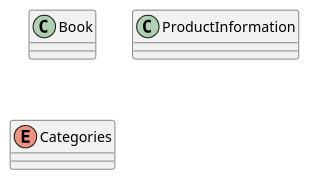
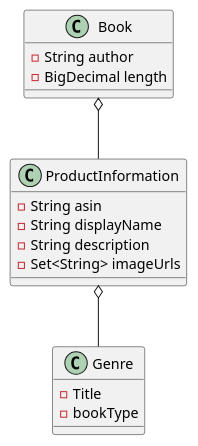
The diagram in GroupWork/RetailBook/src/main/java/com/kenzie/book/groupwork_retailbook_diagram.puml (shadosin/ata-week-6), drawn with PlantUML before and after one commit. The commit also changed 17 other files, not shown here.

```diff
--- a/GroupWork/RetailBook/src/main/java/com/kenzie/book/groupwork_retailbook_diagram.puml
+++ b/GroupWork/RetailBook/src/main/java/com/kenzie/book/groupwork_retailbook_diagram.puml
@@ -1,16 +1,28 @@
 @startuml
 'https://plantuml.com/class-diagram
 
 /' Fill out your book retail system design by
 adding classes, relationships, and methods
 '/
 
 
-class Book
-class ProductInformation
-
-enum Categories {
-
+class Book{
+-String author
+-BigDecimal length
+}
+class ProductInformation{
+-String asin
+-String displayName
+-String description
+-Set<String> imageUrls
+}
+class Genre{
+-Title
+-bookType
 }
 
+
+
+Book o-- ProductInformation
+ProductInformation o-- Genre
 @enduml
```
